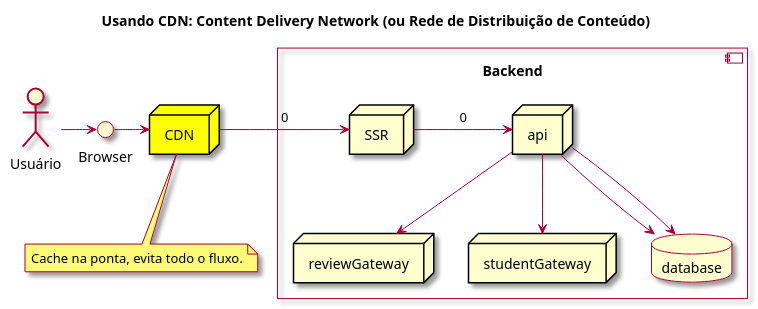
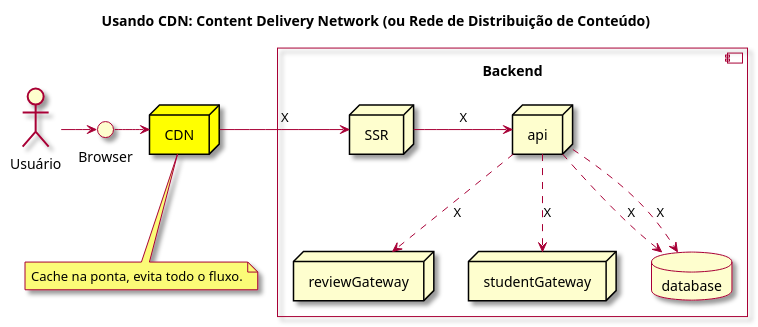
Before and after one commit to charlesardsilva/lecture-cache-content: the diagram in docs/diagrams/request-com-cdn.plantuml, drawn with PlantUML. The commit also changed 30 other files, not shown here.

Commit message:
Update diagram & code example

```diff
--- a/docs/diagrams/request-com-cdn.plantuml
+++ b/docs/diagrams/request-com-cdn.plantuml
@@ -1,33 +1,32 @@
 @startuml
 
 skin rose
 
 Title: Usando CDN: Content Delivery Network (ou Rede de Distribuição de Conteúdo)
 
 actor "Usuário" as actor
 interface "Browser" as browser
 node CDN as cdn #yellow
 
 actor -> browser
 browser -> cdn
 
 component "Backend\n" {
 
   node SSR
   node "api" as backend
   node reviewGateway as reviewGateway
   node studentGateway as studentGateway
   database database
 
-  cdn -> SSR: 0
-  SSR -> backend: 0
-  backend --> database
-  backend --> database
-  backend --> reviewGateway
-  backend --> studentGateway
+  cdn -> SSR: X
+  SSR -> backend: X
+  backend ..> database: X
+  backend ..> database: X
+  backend ..> reviewGateway: X
+  backend ..> studentGateway: X
 }
 
 note bottom of cdn: Cache na ponta, evita todo o fluxo.
 
-
 @enduml
```
